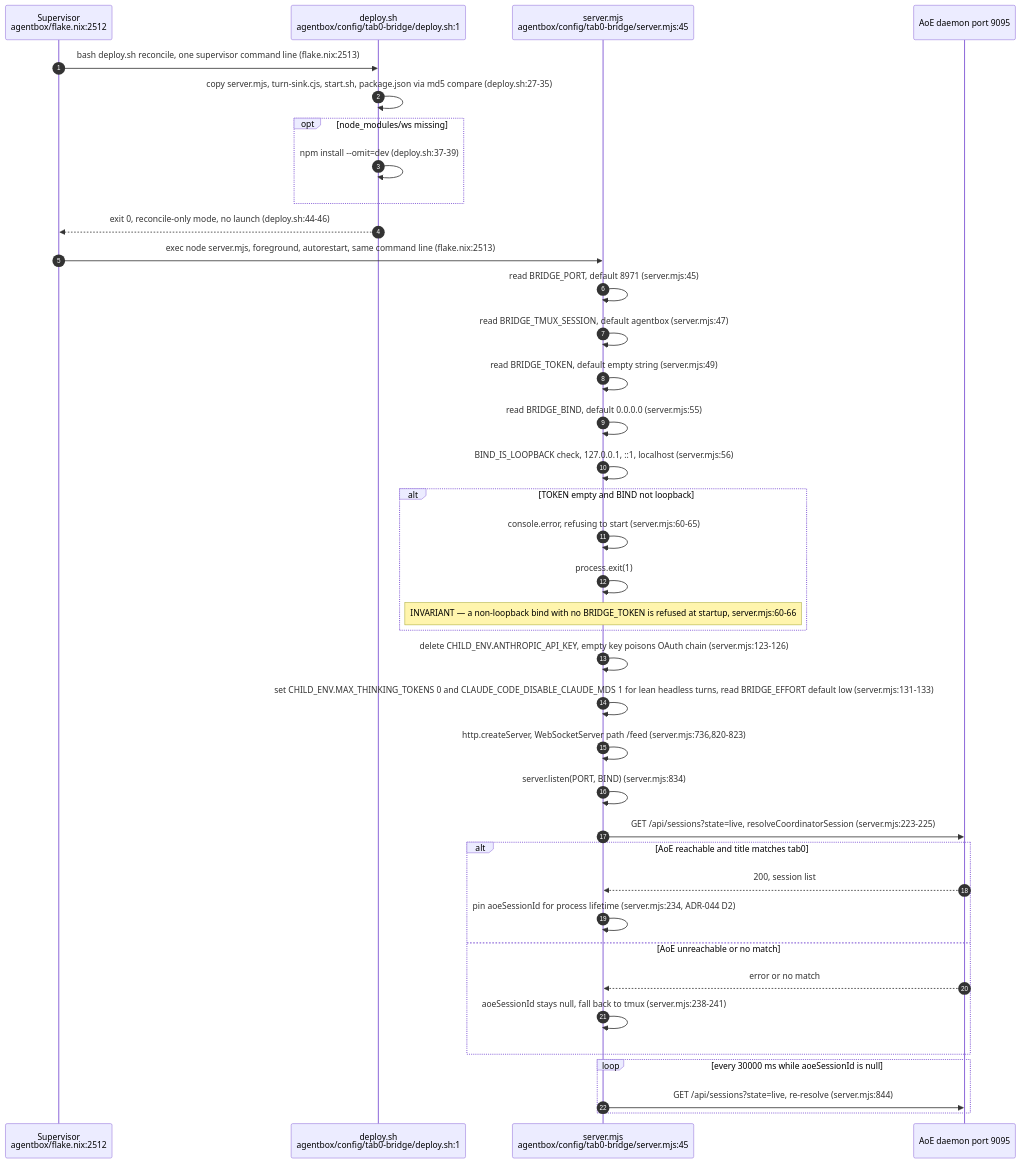
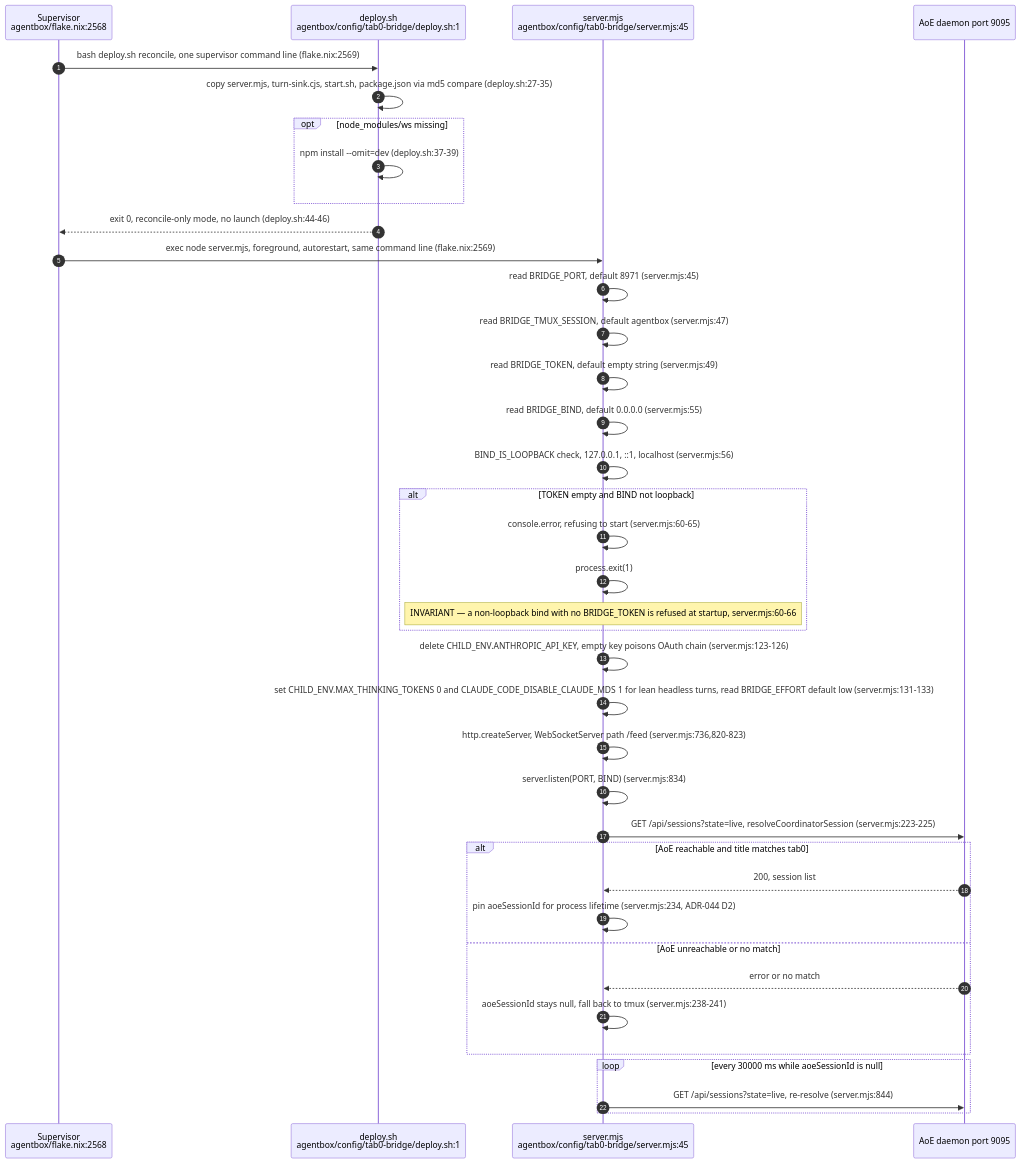
Before and after one commit to DreamLab-AI/VisionFlow: the first of 11 diagrams in docs/diagrams/agentbox/12-tab0-bridge-and-interaction-plane.md, drawn with Mermaid. The commit also changed other lines of this file and 94 other files, not shown here.

First line of the commit message:
docs(diagrams): re-verify 130 topics against 2 October HEADs

````diff
--- a/docs/diagrams/agentbox/12-tab0-bridge-and-interaction-plane.md
+++ b/docs/diagrams/agentbox/12-tab0-bridge-and-interaction-plane.md
@@ -34,41 +34,41 @@
 ```mermaid
 sequenceDiagram
     autonumber
-    participant Sup as Supervisor<br/>agentbox/flake.nix:2512
+    participant Sup as Supervisor<br/>agentbox/flake.nix:2568
     participant Dep as deploy.sh<br/>agentbox/config/tab0-bridge/deploy.sh:1
     participant Node as server.mjs<br/>agentbox/config/tab0-bridge/server.mjs:45
     participant AoEd as AoE daemon port 9095
 
-    Sup->>Dep: bash deploy.sh reconcile, one supervisor command line (flake.nix:2513)
+    Sup->>Dep: bash deploy.sh reconcile, one supervisor command line (flake.nix:2569)
     Dep->>Dep: copy server.mjs, turn-sink.cjs, start.sh, package.json via md5 compare (deploy.sh:27-35)
     opt node_modules/ws missing
         Dep->>Dep: npm install --omit=dev (deploy.sh:37-39)
     end
     Dep-->>Sup: exit 0, reconcile-only mode, no launch (deploy.sh:44-46)
-    Sup->>Node: exec node server.mjs, foreground, autorestart, same command line (flake.nix:2513)
+    Sup->>Node: exec node server.mjs, foreground, autorestart, same command line (flake.nix:2569)
     Node->>Node: read BRIDGE_PORT, default 8971 (server.mjs:45)
     Node->>Node: read BRIDGE_TMUX_SESSION, default agentbox (server.mjs:47)
     Node->>Node: read BRIDGE_TOKEN, default empty string (server.mjs:49)
     Node->>Node: read BRIDGE_BIND, default 0.0.0.0 (server.mjs:55)
     Node->>Node: BIND_IS_LOOPBACK check, 127.0.0.1, ::1, localhost (server.mjs:56)
     alt TOKEN empty and BIND not loopback
         Node->>Node: console.error, refusing to start (server.mjs:60-65)
         Node->>Node: process.exit(1)
         Note over Node: INVARIANT — a non-loopback bind with no BRIDGE_TOKEN is refused at startup, server.mjs:60-66
     end
     Node->>Node: delete CHILD_ENV.ANTHROPIC_API_KEY, empty key poisons OAuth chain (server.mjs:123-126)
     Node->>Node: set CHILD_ENV.MAX_THINKING_TOKENS 0 and CLAUDE_CODE_DISABLE_CLAUDE_MDS 1 for lean headless turns, read BRIDGE_EFFORT default low (server.mjs:131-133)
     Node->>Node: http.createServer, WebSocketServer path /feed (server.mjs:736,820-823)
     Node->>Node: server.listen(PORT, BIND) (server.mjs:834)
     Node->>AoEd: GET /api/sessions?state=live, resolveCoordinatorSession (server.mjs:223-225)
     alt AoE reachable and title matches tab0
         AoEd-->>Node: 200, session list
         Node->>Node: pin aoeSessionId for process lifetime (server.mjs:234, ADR-044 D2)
     else AoE unreachable or no match
         AoEd-->>Node: error or no match
         Node->>Node: aoeSessionId stays null, fall back to tmux (server.mjs:238-241)
     end
     loop every 30000 ms while aoeSessionId is null
         Node->>AoEd: GET /api/sessions?state=live, re-resolve (server.mjs:844)
     end
 ```
````
